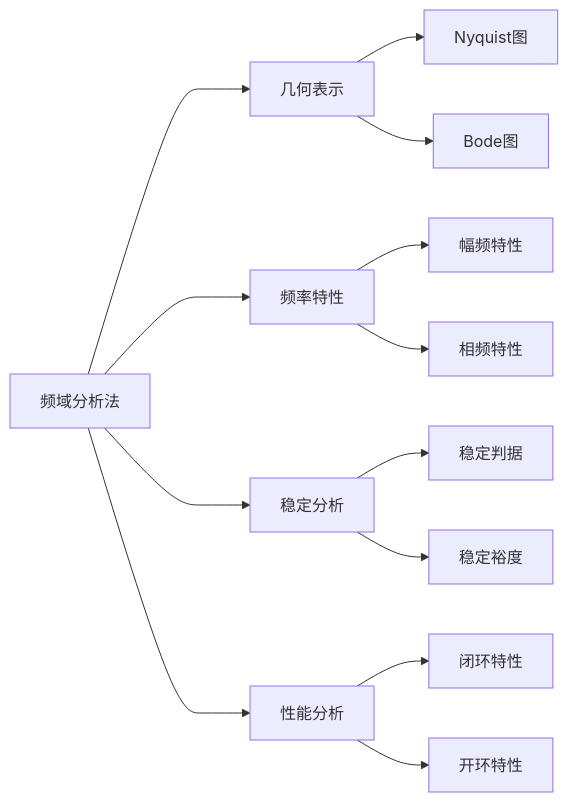
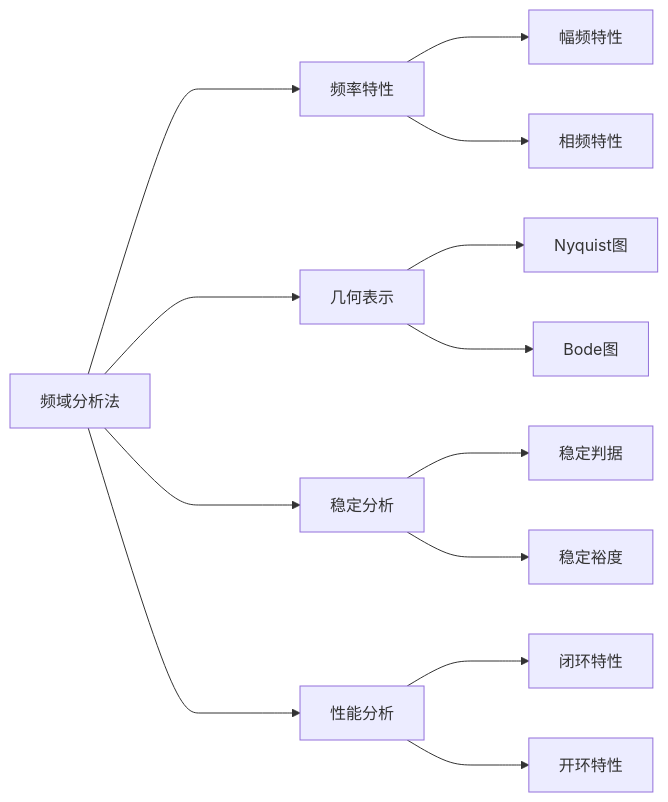
Before and after one commit to UNLINEARITY/Learn-Everything: the diagram in src/site/notes/频域分析法.md, drawn with Mermaid. The commit also changed other lines of this file and 51 other files, not shown here.

````diff
--- a/src/site/notes/频域分析法.md
+++ b/src/site/notes/频域分析法.md
@@ -40,8 +25,8 @@
 ```mermaid
 graph LR
-频域分析法--->几何表示 & 频率特性 & 稳定分析 & 性能分析
-频率特性--> 幅频特性 & 相频特性
-几何表示--> Nyquist图 & Bode图
-稳定分析--> 稳定判据 & 稳定裕度
-性能分析--> 闭环特性 & 开环特性
+频域分析法---->1[频率特性] & 2[几何表示] & 3[稳定分析] & 4[性能分析]
+1---> 幅频特性 & 相频特性
+2---> Nyquist图 & Bode图
+3---> 稳定判据 & 稳定裕度
+4---> 闭环特性 & 开环特性
 ```
````
